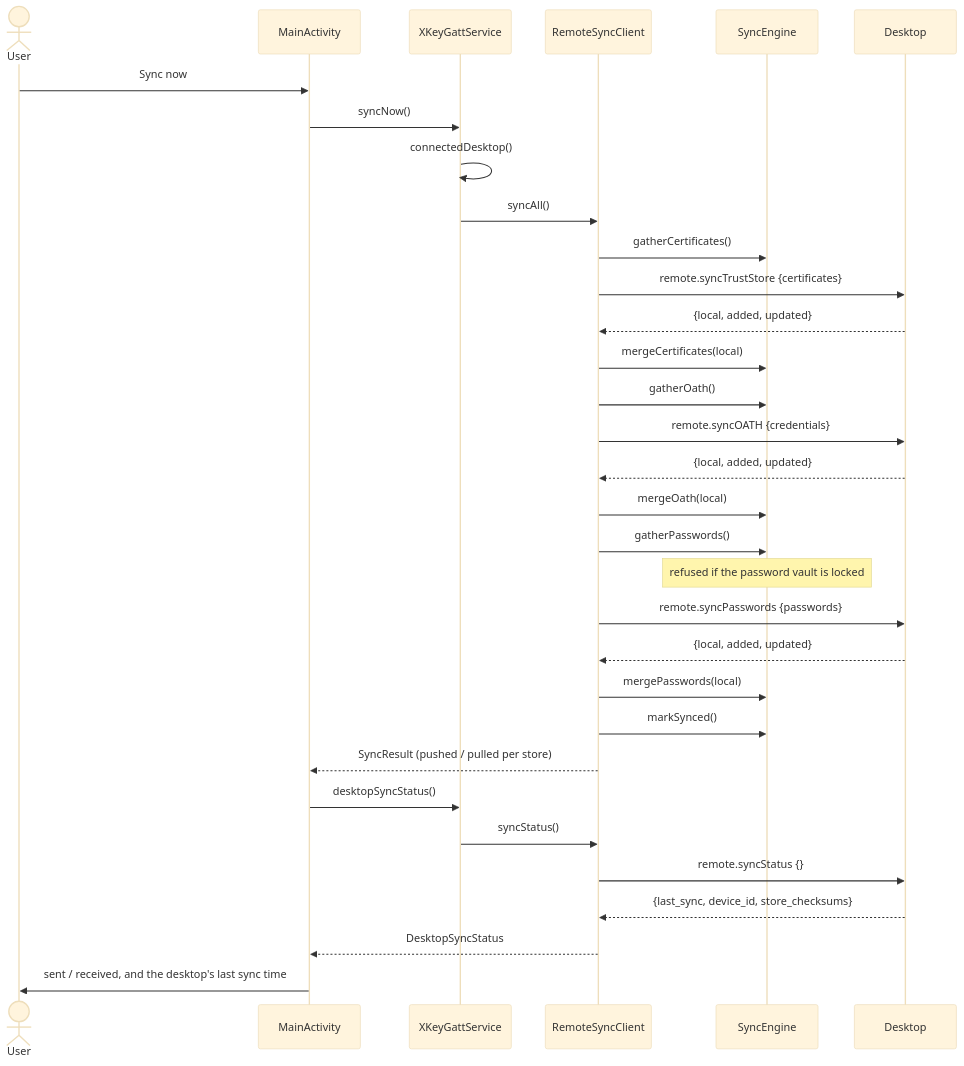
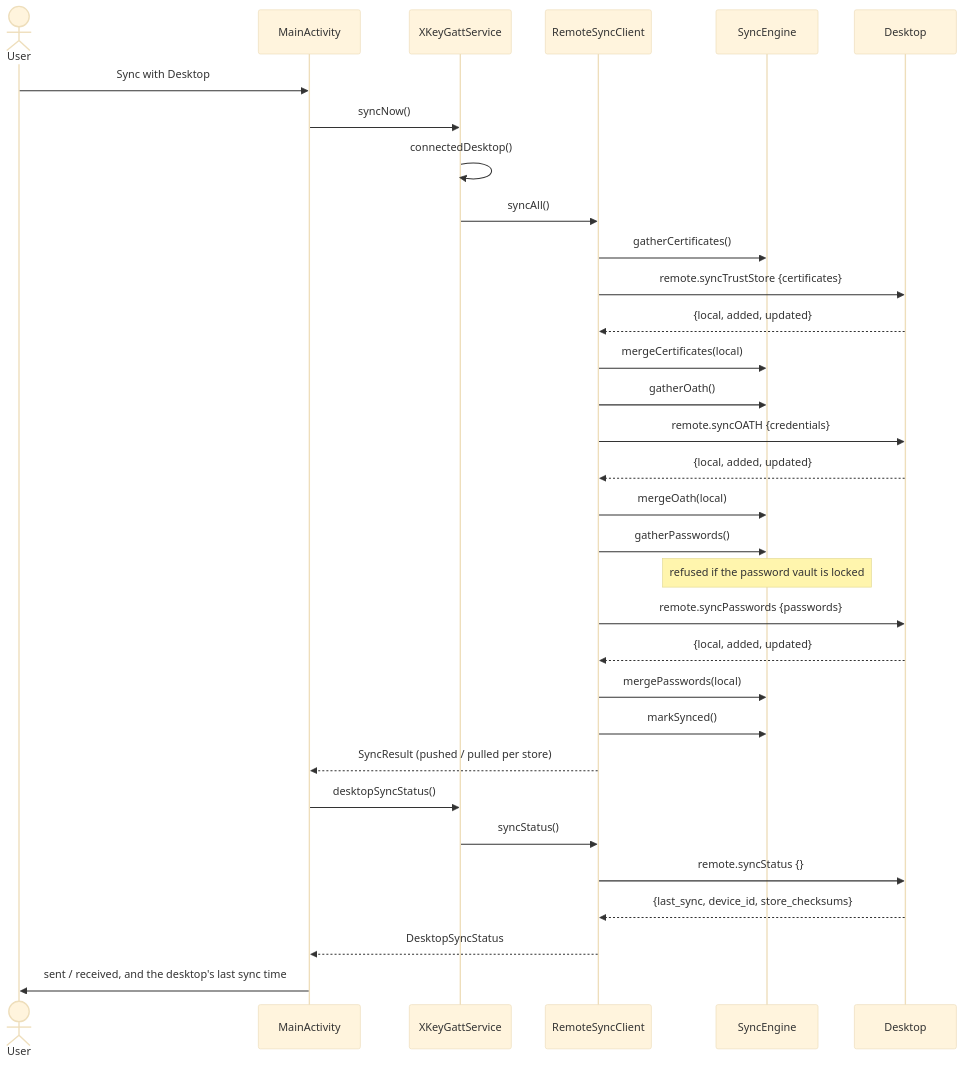
Before and after one commit to jeremyhahn/xkey-android: the diagram in docs/store-sync/architecture.md, drawn with Mermaid (base theme). The commit also changed other lines of this file and 39 other files, not shown here.

````diff
--- a/docs/store-sync/architecture.md
+++ b/docs/store-sync/architecture.md
@@ -85,35 +85,35 @@
 ```mermaid
 sequenceDiagram
     actor User
     participant UI as MainActivity
     participant Svc as XKeyGattService
     participant RSC as RemoteSyncClient
     participant Eng as SyncEngine
     participant Desk as Desktop
 
-    User->>UI: Sync now
+    User->>UI: Sync with Desktop
     UI->>Svc: syncNow()
     Svc->>Svc: connectedDesktop()
     Svc->>RSC: syncAll()
     RSC->>Eng: gatherCertificates()
     RSC->>Desk: remote.syncTrustStore {certificates}
     Desk-->>RSC: {local, added, updated}
     RSC->>Eng: mergeCertificates(local)
     RSC->>Eng: gatherOath()
     RSC->>Desk: remote.syncOATH {credentials}
     Desk-->>RSC: {local, added, updated}
     RSC->>Eng: mergeOath(local)
     RSC->>Eng: gatherPasswords()
     Note over Eng: refused if the password vault is locked
     RSC->>Desk: remote.syncPasswords {passwords}
     Desk-->>RSC: {local, added, updated}
     RSC->>Eng: mergePasswords(local)
     RSC->>Eng: markSynced()
     RSC-->>UI: SyncResult (pushed / pulled per store)
     UI->>Svc: desktopSyncStatus()
     Svc->>RSC: syncStatus()
     RSC->>Desk: remote.syncStatus {}
     Desk-->>RSC: {last_sync, device_id, store_checksums}
     RSC-->>UI: DesktopSyncStatus
     UI->>User: sent / received, and the desktop's last sync time
 ```
````
